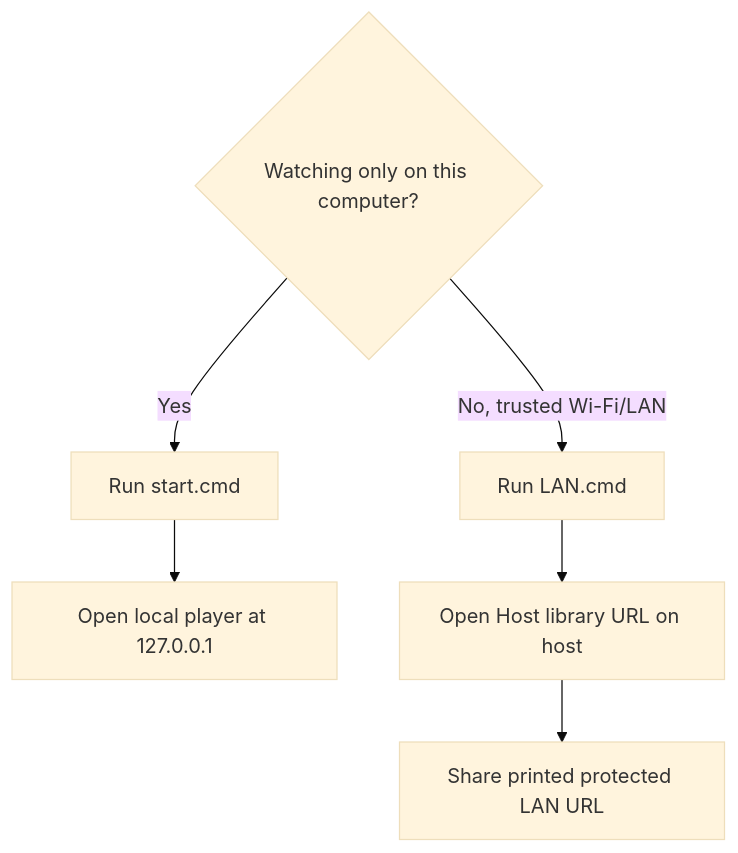
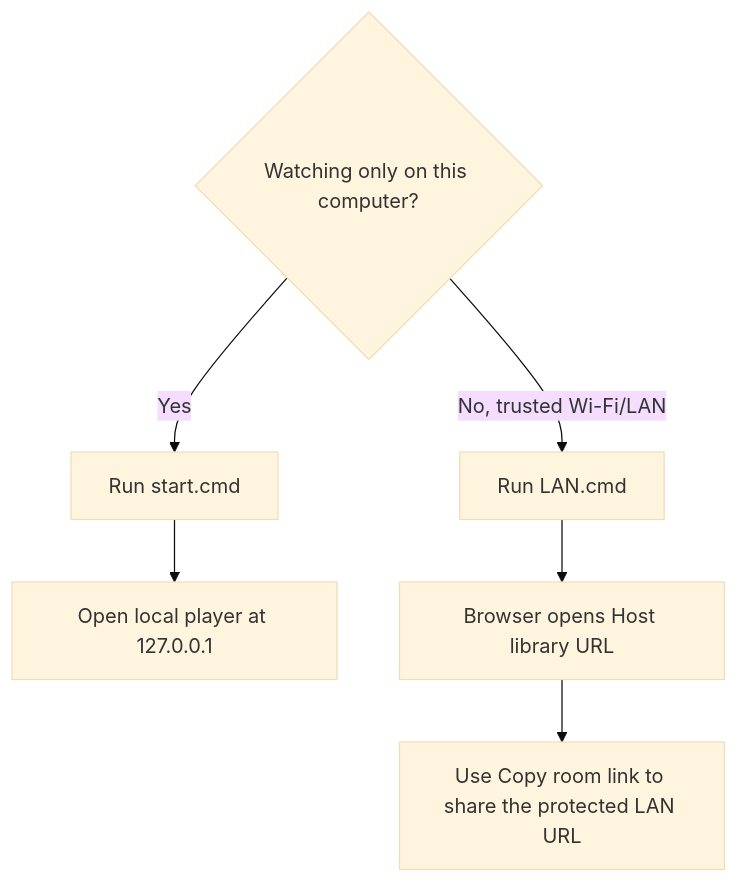
Before and after one commit to Dortecx/The-Player: the diagram in README.md, drawn with Mermaid (base theme). The commit also changed other lines of this file and 8 other files, not shown here.

````diff
--- a/README.md
+++ b/README.md
@@ -11,9 +11,9 @@
 ```mermaid
 flowchart TD
     A{Watching only on this computer?}
     A -->|Yes| B[Run start.cmd]
     B --> C[Open local player at 127.0.0.1]
     A -->|No, trusted Wi-Fi/LAN| D[Run LAN.cmd]
-    D --> E[Open Host library URL on host]
-    E --> F[Share printed protected LAN URL]
+    D --> E[Browser opens Host library URL]
+    E --> F[Use Copy room link to share the protected LAN URL]
 ```
````
